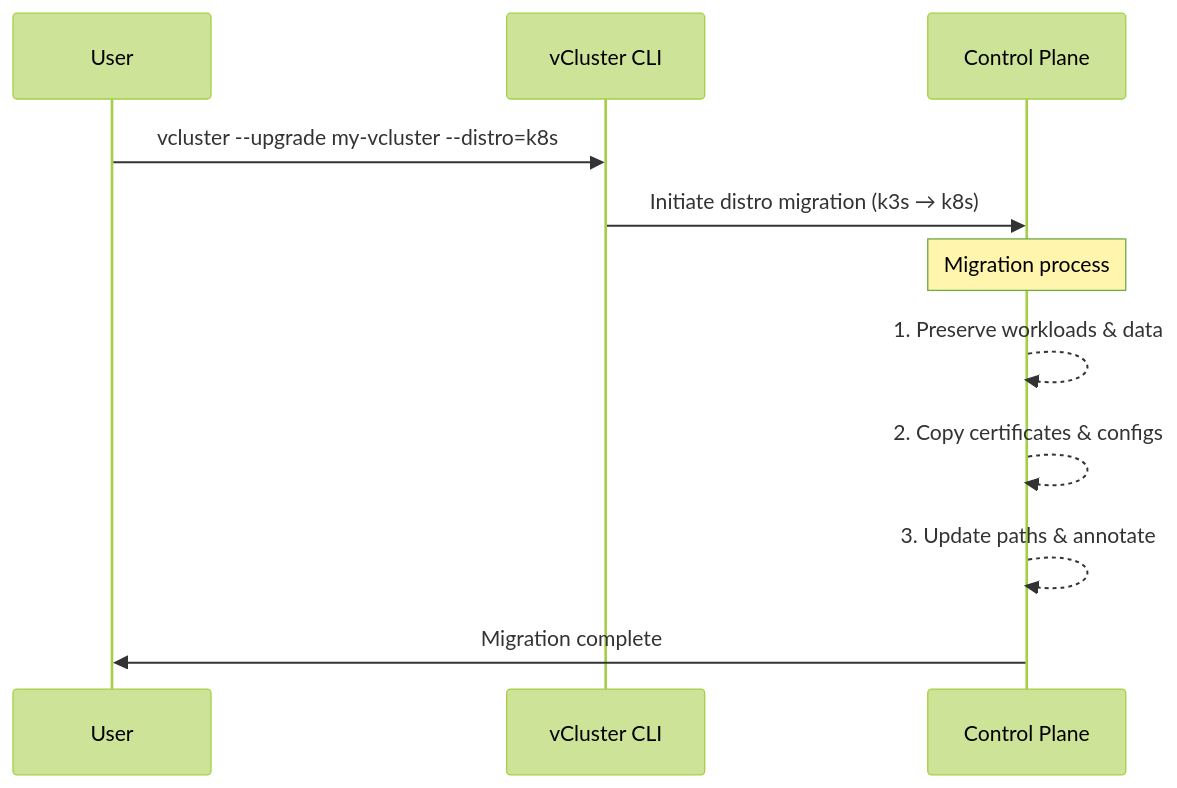
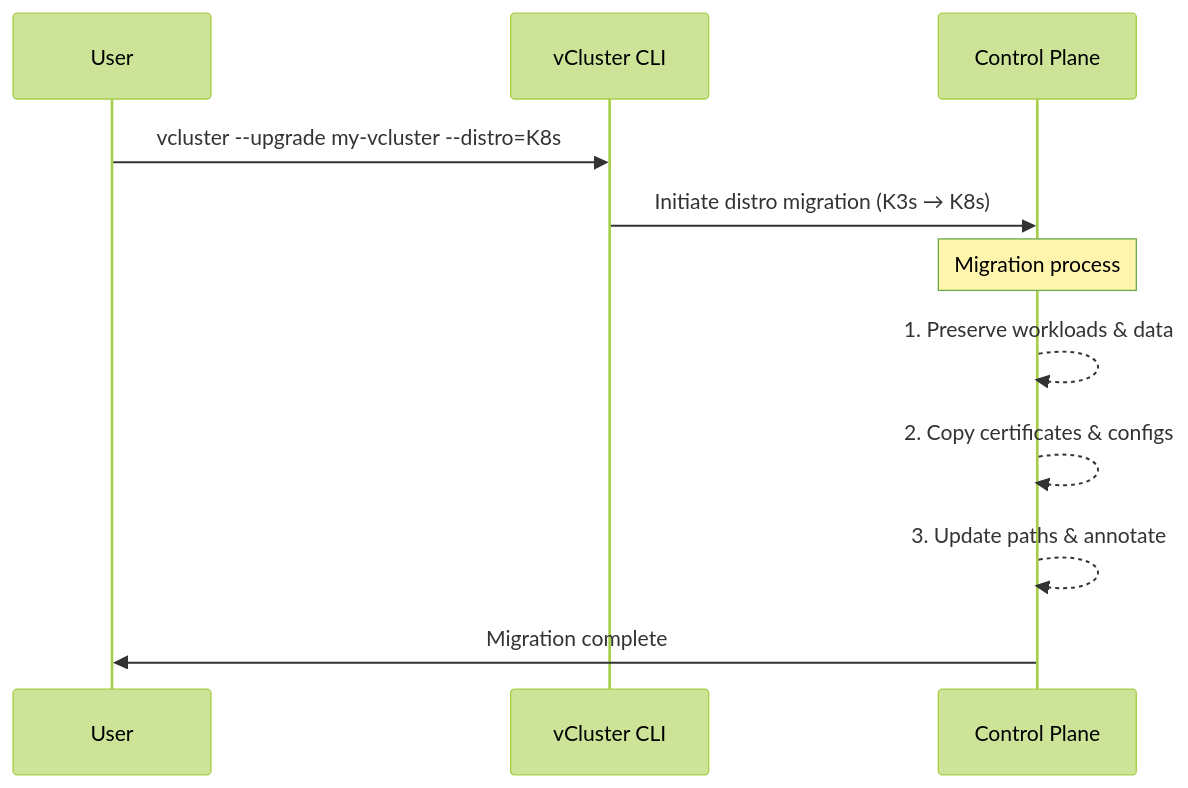
Before and after one commit to loft-sh/vcluster-docs: the diagram in vcluster/deploy/upgrade/distro-migration.mdx, drawn with Mermaid (forest theme). The commit also changed other lines of this file, not shown here.

````diff
--- a/vcluster/deploy/upgrade/distro-migration.mdx
+++ b/vcluster/deploy/upgrade/distro-migration.mdx
@@ -41,14 +41,14 @@
 ```mermaid
 sequenceDiagram
     participant User
     participant CLI as vCluster CLI
     participant CP as Control Plane
 
-    User->>CLI: vcluster --upgrade my-vcluster --distro=k8s
-    CLI->>CP: Initiate distro migration (k3s → k8s)
+    User->>CLI: vcluster --upgrade my-vcluster --distro=K8s
+    CLI->>CP: Initiate distro migration (K3s → K8s)
     Note over CP: Migration process
     CP-->>CP: 1. Preserve workloads & data
     CP-->>CP: 2. Copy certificates & configs
     CP-->>CP: 3. Update paths & annotate
     CP->>User: Migration complete
 ```
````
